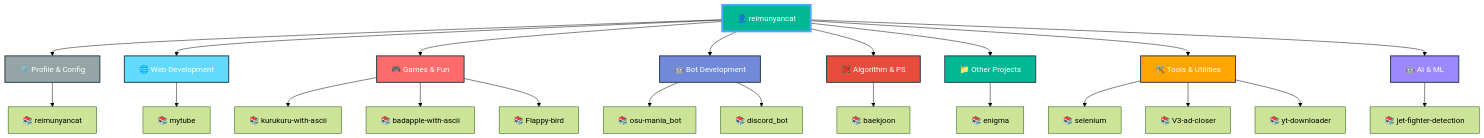
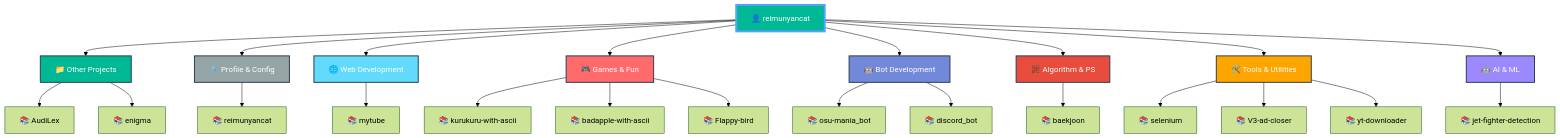
The diagram in README.md (reimunyancat/reimunyancat), drawn with Mermaid (forest theme) before and after one commit. The commit also changed other lines of this file, not shown here.

Commit message:
🤖 Auto-update README with latest repositories

````diff
--- a/README.md
+++ b/README.md
@@ -159,43 +159,44 @@
 ```mermaid
 graph TD
   A[👤 reimunyancat]
 
-  A --> CAT0[⚙️ Profile & Config]
-  CAT0 --> CAT0_0[📚 reimunyancat]
+  A --> CAT0[📁 Other Projects]
+  CAT0 --> CAT0_0[📚 AudiLex]
+  CAT0 --> CAT0_1[📚 enigma]
 
-  A --> CAT1[🌐 Web Development]
-  CAT1 --> CAT1_0[📚 mytube]
+  A --> CAT1[⚙️ Profile & Config]
+  CAT1 --> CAT1_0[📚 reimunyancat]
 
-  A --> CAT2[🎮 Games & Fun]
-  CAT2 --> CAT2_0[📚 kurukuru-with-ascii]
-  CAT2 --> CAT2_1[📚 badapple-with-ascii]
-  CAT2 --> CAT2_2[📚 Flappy-bird]
+  A --> CAT2[🌐 Web Development]
+  CAT2 --> CAT2_0[📚 mytube]
 
-  A --> CAT3[🤖 Bot Development]
-  CAT3 --> CAT3_0[📚 osu-mania_bot]
-  CAT3 --> CAT3_1[📚 discord_bot]
+  A --> CAT3[🎮 Games & Fun]
+  CAT3 --> CAT3_0[📚 kurukuru-with-ascii]
+  CAT3 --> CAT3_1[📚 badapple-with-ascii]
+  CAT3 --> CAT3_2[📚 Flappy-bird]
 
-  A --> CAT4[🧮 Algorithm & PS]
-  CAT4 --> CAT4_0[📚 baekjoon]
+  A --> CAT4[🤖 Bot Development]
+  CAT4 --> CAT4_0[📚 osu-mania_bot]
+  CAT4 --> CAT4_1[📚 discord_bot]
 
-  A --> CAT5[📁 Other Projects]
-  CAT5 --> CAT5_0[📚 enigma]
+  A --> CAT5[🧮 Algorithm & PS]
+  CAT5 --> CAT5_0[📚 baekjoon]
 
   A --> CAT6[🛠️ Tools & Utilities]
   CAT6 --> CAT6_0[📚 selenium]
   CAT6 --> CAT6_1[📚 V3-ad-closer]
   CAT6 --> CAT6_2[📚 yt-downloader]
 
   A --> CAT7[🤖 AI & ML]
   CAT7 --> CAT7_0[📚 jet-fighter-detection]
 
   style A fill:#00b894,stroke:#55a3ff,stroke-width:4px,color:#fff
-  style CAT0 fill:#95a5a6,stroke:#2c3e50,stroke-width:2px,color:#fff
-  style CAT1 fill:#61dafb,stroke:#2c3e50,stroke-width:2px,color:#fff
-  style CAT2 fill:#ff6b6b,stroke:#2c3e50,stroke-width:2px,color:#fff
-  style CAT3 fill:#7289da,stroke:#2c3e50,stroke-width:2px,color:#fff
-  style CAT4 fill:#e74c3c,stroke:#2c3e50,stroke-width:2px,color:#fff
-  style CAT5 fill:#00b894,stroke:#2c3e50,stroke-width:2px,color:#fff
+  style CAT0 fill:#00b894,stroke:#2c3e50,stroke-width:2px,color:#fff
+  style CAT1 fill:#95a5a6,stroke:#2c3e50,stroke-width:2px,color:#fff
+  style CAT2 fill:#61dafb,stroke:#2c3e50,stroke-width:2px,color:#fff
+  style CAT3 fill:#ff6b6b,stroke:#2c3e50,stroke-width:2px,color:#fff
+  style CAT4 fill:#7289da,stroke:#2c3e50,stroke-width:2px,color:#fff
+  style CAT5 fill:#e74c3c,stroke:#2c3e50,stroke-width:2px,color:#fff
   style CAT6 fill:#ffa500,stroke:#2c3e50,stroke-width:2px,color:#fff
   style CAT7 fill:#9c88ff,stroke:#2c3e50,stroke-width:2px,color:#fff
 ```
````
